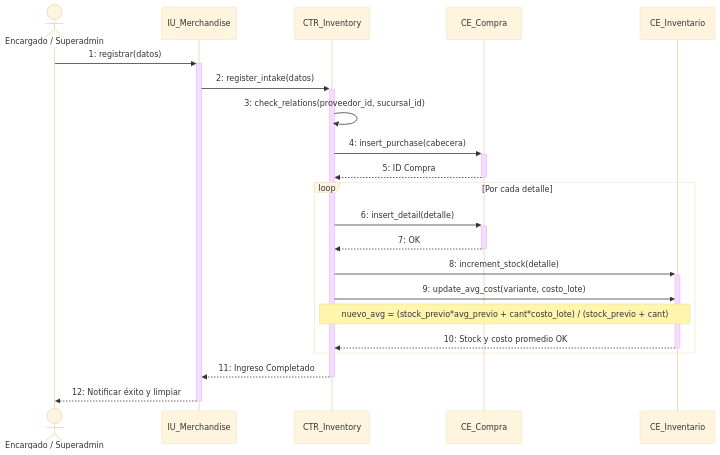
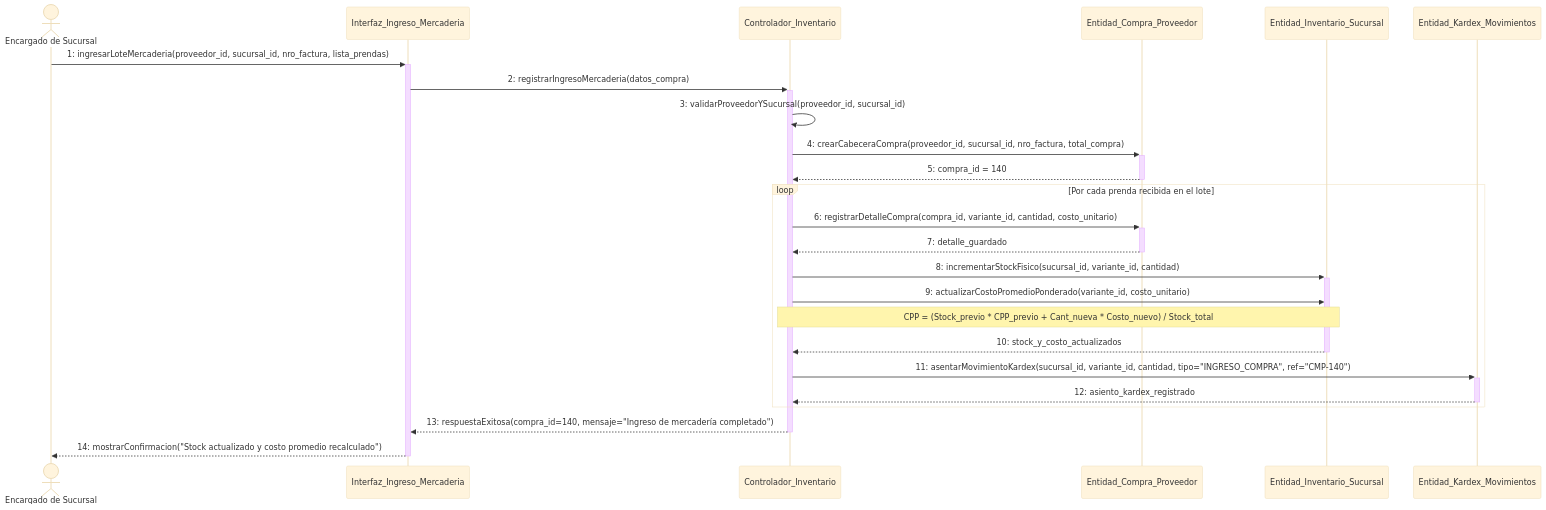
Before and after one commit to jc-larry/ecommerce: the tenth of 38 diagrams in documentos/DOCUMENTACION_40_CASOS_DE_USO_DIAGRAMAS_SECUENCIA.md, drawn with Mermaid (base theme). The commit also changed other lines of this file and 148 other files, not shown here.

````diff
--- a/documentos/DOCUMENTACION_40_CASOS_DE_USO_DIAGRAMAS_SECUENCIA.md
+++ b/documentos/DOCUMENTACION_40_CASOS_DE_USO_DIAGRAMAS_SECUENCIA.md
@@ -519,24 +511,27 @@
 ```mermaid
 sequenceDiagram
-    actor E as Encargado / Superadmin
-    participant IU as IU_Merchandise
-    participant CTR as CTR_Inventory
-    participant CE_C as CE_Compra
-    participant CE_I as CE_Inventario
+    actor E as Encargado de Sucursal
+    participant IU as Interfaz_Ingreso_Mercaderia
+    participant CTR as Controlador_Inventario
+    participant CE_C as Entidad_Compra_Proveedor
+    participant CE_I as Entidad_Inventario_Sucursal
+    participant CE_K as Entidad_Kardex_Movimientos
 
-    E->>+IU: 1: registrar(datos)
-    IU->>+CTR: 2: register_intake(datos)
-    CTR->>CTR: 3: check_relations(proveedor_id, sucursal_id)
-    CTR->>+CE_C: 4: insert_purchase(cabecera)
-    CE_C-->>-CTR: 5: ID Compra
-    loop Por cada detalle
-        CTR->>+CE_C: 6: insert_detail(detalle)
-        CE_C-->>-CTR: 7: OK
-        CTR->>+CE_I: 8: increment_stock(detalle)
-        CTR->>CE_I: 9: update_avg_cost(variante, costo_lote)
-        Note over CTR,CE_I: nuevo_avg = (stock_previo*avg_previo + cant*costo_lote) / (stock_previo + cant)
-        CE_I-->>-CTR: 10: Stock y costo promedio OK
+    E->>+IU: 1: ingresarLoteMercaderia(proveedor_id, sucursal_id, nro_factura, lista_prendas)
+    IU->>+CTR: 2: registrarIngresoMercaderia(datos_compra)
+    CTR->>CTR: 3: validarProveedorYSucursal(proveedor_id, sucursal_id)
+    CTR->>+CE_C: 4: crearCabeceraCompra(proveedor_id, sucursal_id, nro_factura, total_compra)
+    CE_C-->>-CTR: 5: compra_id = 140
+    loop Por cada prenda recibida en el lote
+        CTR->>+CE_C: 6: registrarDetalleCompra(compra_id, variante_id, cantidad, costo_unitario)
+        CE_C-->>-CTR: 7: detalle_guardado
+        CTR->>+CE_I: 8: incrementarStockFisico(sucursal_id, variante_id, cantidad)
+        CTR->>CE_I: 9: actualizarCostoPromedioPonderado(variante_id, costo_unitario)
+        Note over CTR,CE_I: CPP = (Stock_previo * CPP_previo + Cant_nueva * Costo_nuevo) / Stock_total
+        CE_I-->>-CTR: 10: stock_y_costo_actualizados
+        CTR->>+CE_K: 11: asentarMovimientoKardex(sucursal_id, variante_id, cantidad, tipo="INGRESO_COMPRA", ref="CMP-140")
+        CE_K-->>-CTR: 12: asiento_kardex_registrado
     end
-    CTR-->>-IU: 11: Ingreso Completado
-    IU-->>-E: 12: Notificar éxito y limpiar
+    CTR-->>-IU: 13: respuestaExitosa(compra_id=140, mensaje="Ingreso de mercadería completado")
+    IU-->>-E: 14: mostrarConfirmacion("Stock actualizado y costo promedio recalculado")
 ```
````
